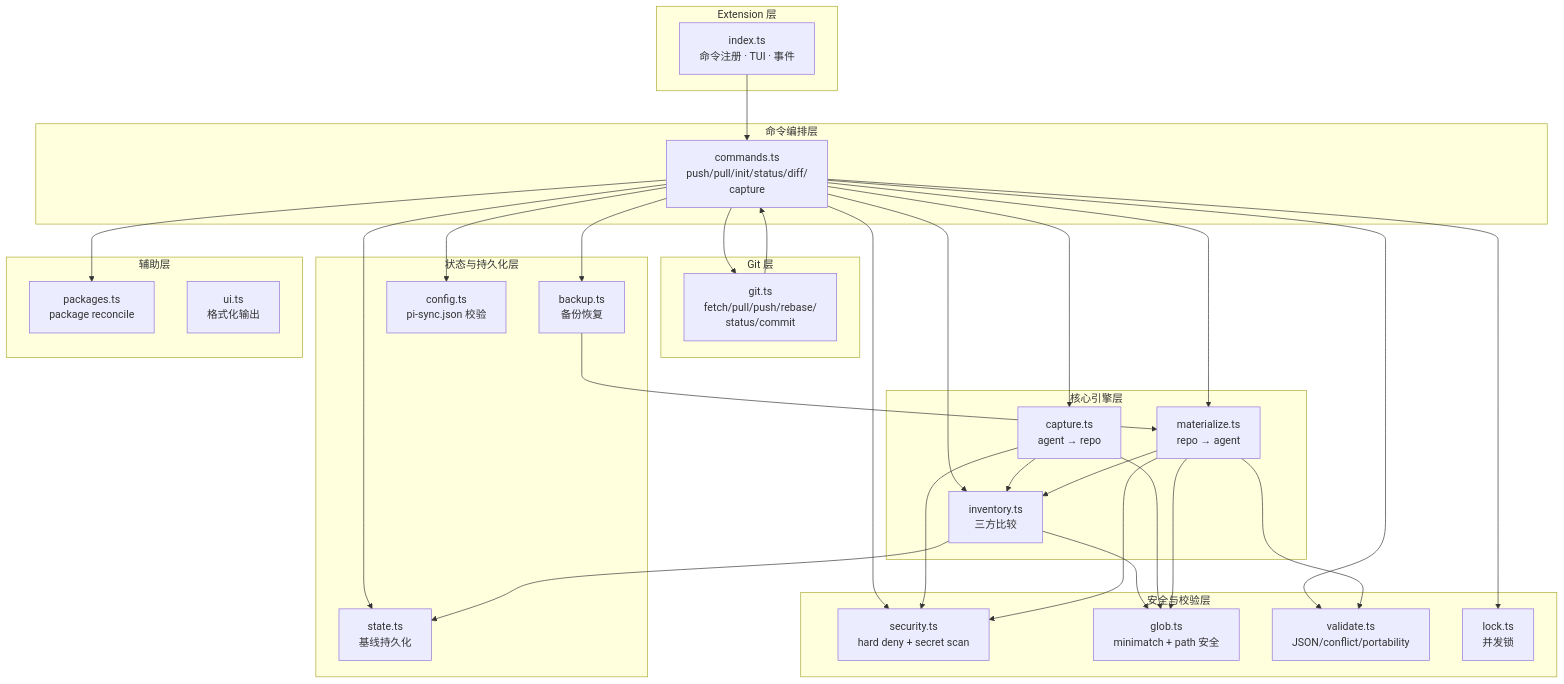
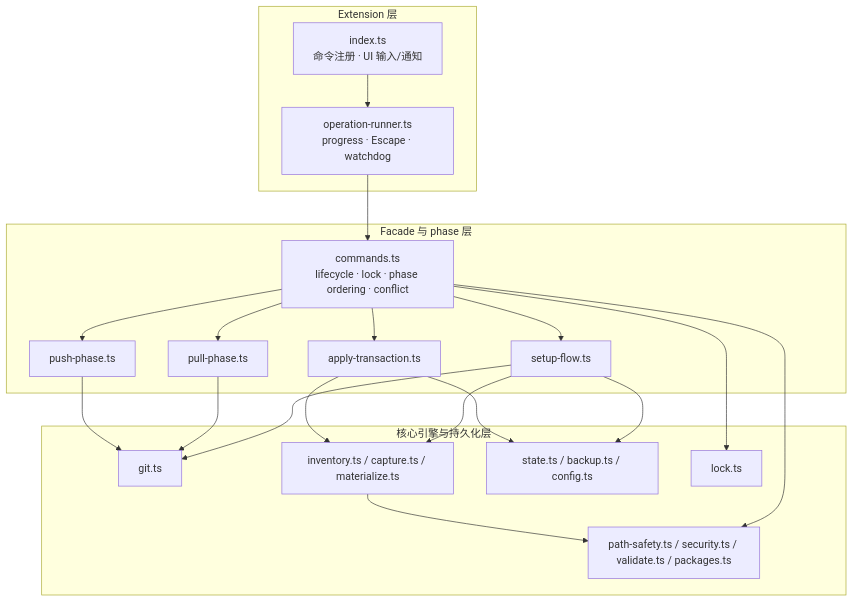
One commit to jachy-h/pi-git-sync changed the second of 12 diagrams in docs/architecture.md. Above: the diagram before and after it, drawn with Mermaid. The commit also changed other lines of this file and 20 other files, not shown here.

````diff
--- a/docs/architecture.md
+++ b/docs/architecture.md
@@ -178,64 +183,39 @@
 ```mermaid
 graph TB
     subgraph "Extension 层"
-        index["index.ts<br/>命令注册 · TUI · 事件"]
+        index["index.ts<br/>命令注册 · UI 输入/通知"]
+        runner["operation-runner.ts<br/>progress · Escape · watchdog"]
     end
 
-    subgraph "命令编排层"
-        commands["commands.ts<br/>push/pull/init/status/diff/<br/>capture"]
+    subgraph "Facade 与 phase 层"
+        commands["commands.ts<br/>lifecycle · lock · phase ordering · conflict"]
+        setup["setup-flow.ts"]
+        pull["pull-phase.ts"]
+        push["push-phase.ts"]
+        apply["apply-transaction.ts"]
     end
 
-    subgraph "核心引擎层"
-        inventory["inventory.ts<br/>三方比较"]
-        capture["capture.ts<br/>agent → repo"]
-        materialize["materialize.ts<br/>repo → agent"]
+    subgraph "核心引擎与持久化层"
+        git["git.ts"]
+        inventory["inventory.ts / capture.ts / materialize.ts"]
+        state["state.ts / backup.ts / config.ts"]
+        safety["path-safety.ts / security.ts / validate.ts / packages.ts"]
+        lock["lock.ts"]
     end
 
-    subgraph "Git 层"
-        git["git.ts<br/>fetch/pull/push/rebase/<br/>status/commit"]
-    end
-
-    subgraph "安全与校验层"
-        security["security.ts<br/>hard deny + secret scan"]
-        glob["glob.ts<br/>minimatch + path 安全"]
-        validate["validate.ts<br/>JSON/conflict/portability"]
-        lock["lock.ts<br/>并发锁"]
-    end
-
-    subgraph "状态与持久化层"
-        state["state.ts<br/>基线持久化"]
-        backup["backup.ts<br/>备份恢复"]
-        config["config.ts<br/>pi-sync.json 校验"]
-    end
-
-    subgraph "辅助层"
-        packages["packages.ts<br/>package reconcile"]
-        ui["ui.ts<br/>格式化输出"]
-    end
-
-    index --> commands
-    commands --> inventory
-    commands --> capture
-    commands --> materialize
-    commands --> git
-    commands --> backup
+    index --> runner --> commands
     commands --> lock
-    commands --> security
-    commands --> validate
-    commands --> state
-    commands --> config
-    commands --> packages
-
-    inventory --> glob
-    inventory --> state
-    capture --> inventory
-    capture --> glob
-    capture --> security
-    materialize --> inventory
-    materialize --> glob
-    materialize --> security
-    materialize --> validate
-    
-    git --> commands
-    backup --> materialize
+    commands --> setup
+    commands --> pull
+    commands --> push
+    commands --> apply
+    setup --> git
+    setup --> inventory
+    setup --> state
+    pull --> git
+    push --> git
+    apply --> inventory
+    apply --> state
+    commands --> safety
+    inventory --> safety
 ```
````
